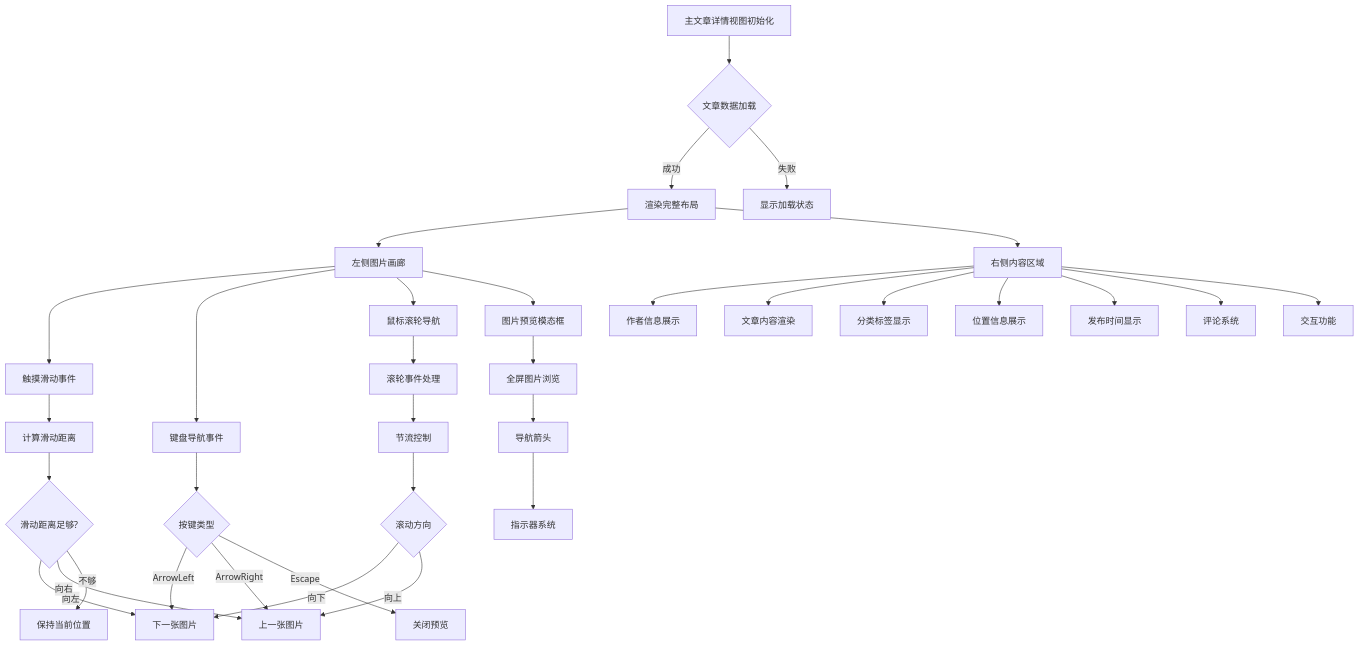
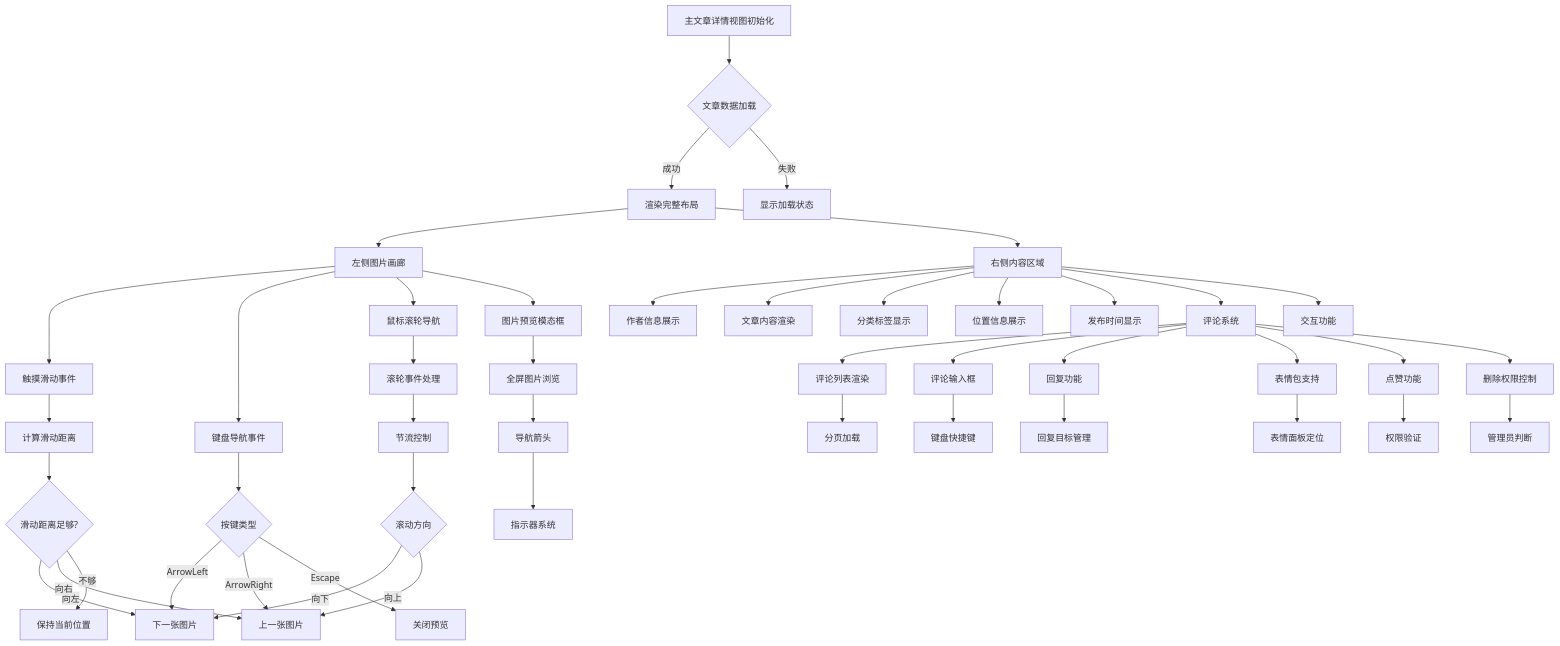
The sixth of 17 diagrams in .qoder/repowiki/zh/content/Article Detail View.md (20164206160/zhishilu), drawn with Mermaid before and after one commit. The commit also changed other lines of this file and 4 other files, not shown here.

````diff
--- a/.qoder/repowiki/zh/content/Article Detail View.md
+++ b/.qoder/repowiki/zh/content/Article Detail View.md
@@ -307,36 +351,48 @@
 ```mermaid
 flowchart TD
 A[主文章详情视图初始化] --> B{文章数据加载}
 B --> |成功| C[渲染完整布局]
 B --> |失败| D[显示加载状态]
 C --> E[左侧图片画廊]
 C --> F[右侧内容区域]
 E --> G[触摸滑动事件]
 E --> H[键盘导航事件]
 E --> I[鼠标滚轮导航]
 E --> J[图片预览模态框]
 F --> K[作者信息展示]
 F --> L[文章内容渲染]
 F --> M[分类标签显示]
 F --> N[位置信息展示]
 F --> O[发布时间显示]
 F --> P[评论系统]
 F --> Q[交互功能]
 G --> R[计算滑动距离]
 R --> S{滑动距离足够?}
 S --> |向左| T[下一张图片]
 S --> |向右| U[上一张图片]
 S --> |不够| V[保持当前位置]
 H --> W{按键类型}
 W --> |ArrowLeft| T
 W --> |ArrowRight| U
 W --> |Escape| X[关闭预览]
 I --> Y[滚轮事件处理]
 Y --> Z[节流控制]
 Z --> AA{滚动方向}
 AA --> |向下| T
 AA --> |向上| U
 J --> AB[全屏图片浏览]
 AB --> AC[导航箭头]
 AC --> AD[指示器系统]
+P --> AE[评论列表渲染]
+P --> AF[评论输入框]
+P --> AG[回复功能]
+P --> AH[表情包支持]
+P --> AI[点赞功能]
+P --> AJ[删除权限控制]
+AE --> AK[分页加载]
+AF --> AL[键盘快捷键]
+AG --> AM[回复目标管理]
+AH --> AN[表情面板定位]
+AI --> AO[权限验证]
+AJ --> AP[管理员判断]
 ```
````
